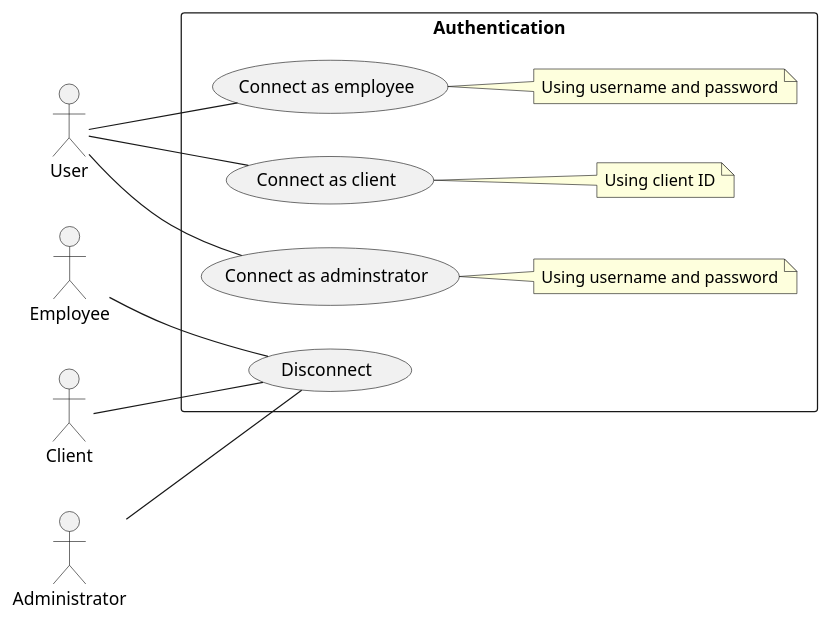
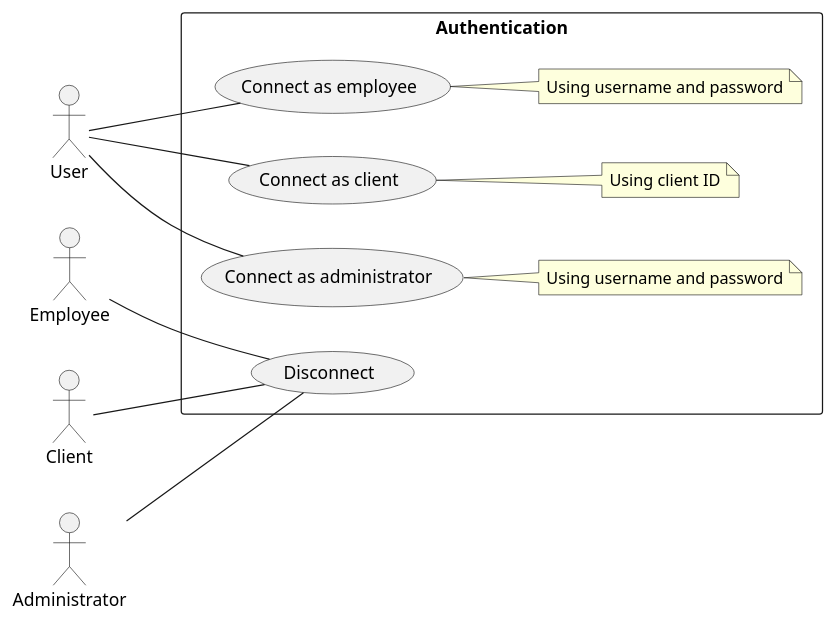
Before and after one commit to BrokenSwing/Comixaire: the diagram in specifications/usecases/authentication/authentication.puml, drawn with PlantUML. The commit also changed 2 other files, not shown here.

```diff
--- a/specifications/usecases/authentication/authentication.puml
+++ b/specifications/usecases/authentication/authentication.puml
@@ -1,30 +1,30 @@
 @startuml Authentication use cases
 
 left to right direction
 
 actor User as U
 actor Employee as E
 actor Client as C
 actor Administrator as A
 
 rectangle "Authentication" {
   usecase "Connect as employee" as CaE
   note right: Using username and password
   
   usecase "Connect as client" as CaC
   note right: Using client ID
   
-  usecase “Connect as adminstrator” as CaA
+  usecase "Connect as administrator" as CaA
   note right: Using username and password
   
   usecase "Disconnect" as D
 }
 
 U -- CaE
 U -- CaC
 U -- CaA
 A -- D
 E -- D
 C -- D
 
 @enduml
```
